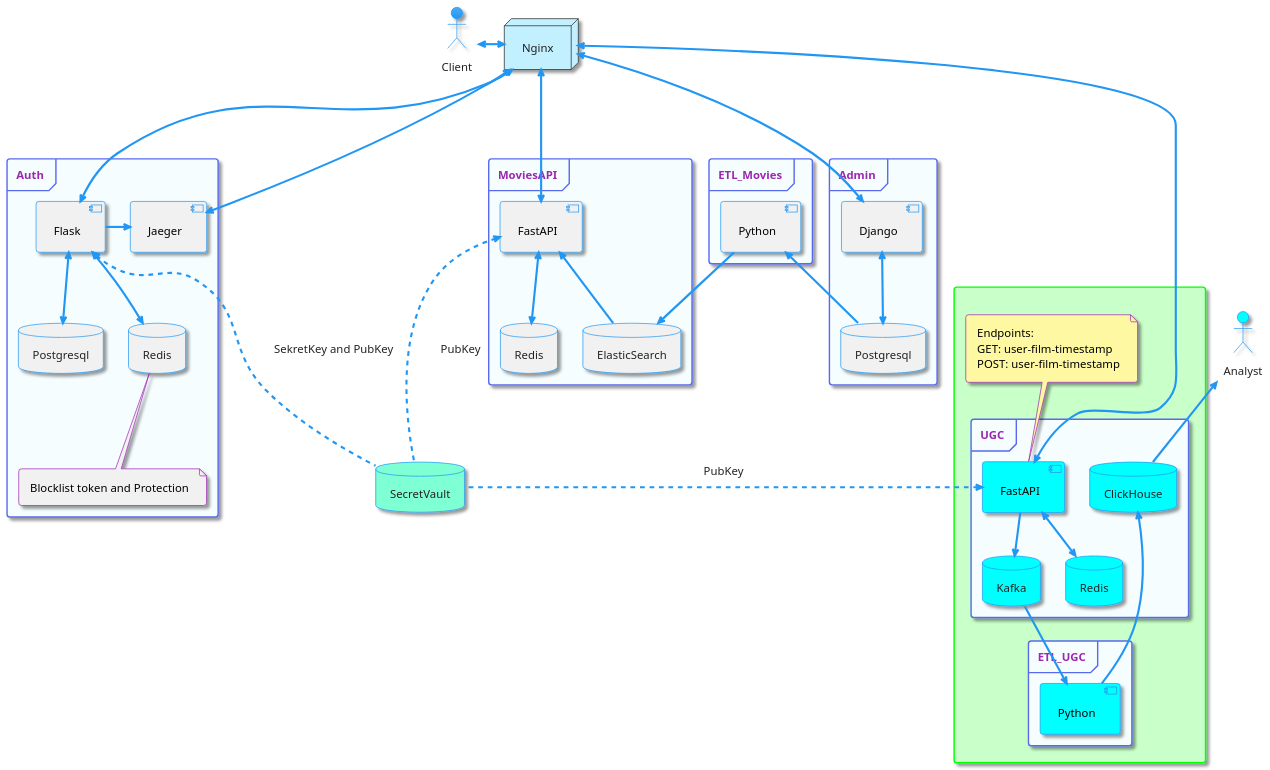
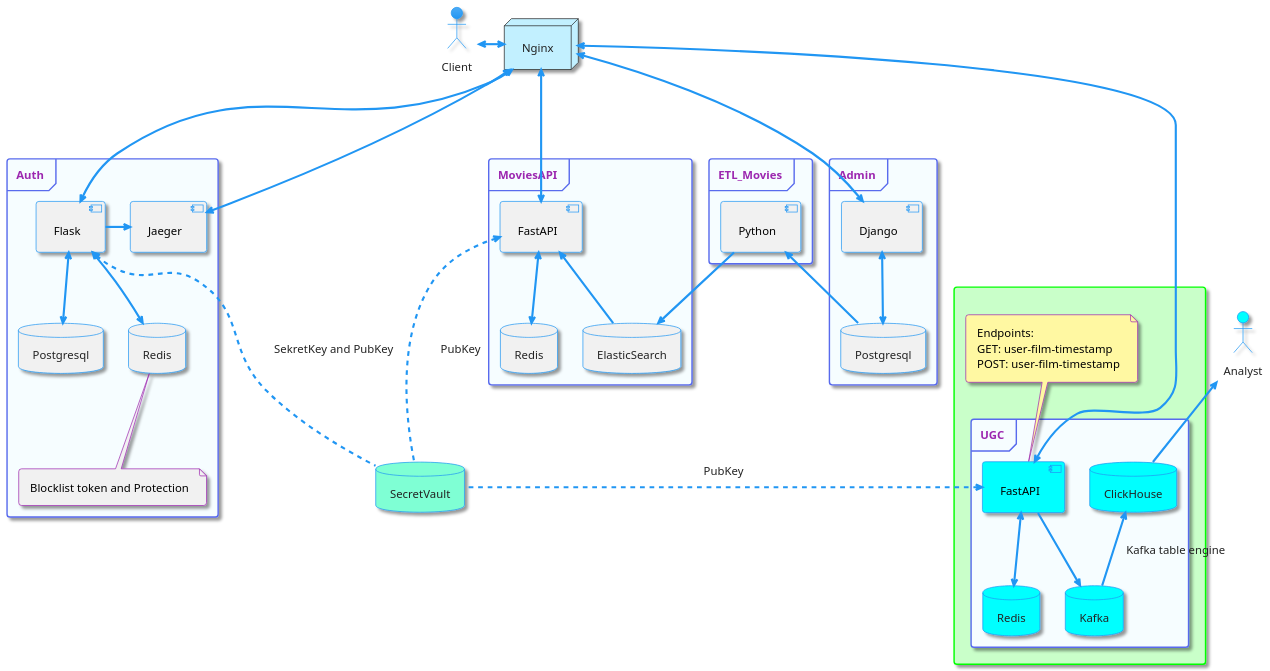
One commit to Practicum-24-10/UGC changed the diagram in components.puml. Above: the diagram before and after it, drawn with PlantUML. The commit also changed 2 other files, not shown here.

```diff
--- a/components.puml
+++ b/components.puml
@@ -1,103 +1,99 @@
 @startuml as_is
 !theme materia
 
 skinparam default {
     FontName Arial
     FontSize 16
 }
 
 skinparam component {
     Style uml2
     BackgroundColor #f1f1f1
     FontColor #000
 }
 
 skinparam note {
     BackgroundColor #f1f1f1
     FontColor #000
 }
 
 skinparam database {
     BackgroundColor #f1f1f1
 }
 
 skinparam FrameBorderColor #596bed
 skinparam FrameBackgroundColor #f6fdff
 skinparam RectangleBorderColor #Lime
 skinparam RectangleBackgroundColor #TECHNOLOGY
 
 actor Client
 actor Analyst #aqua
 node Nginx #APPLICATION
 
 database SecretVault #Aquamarine
 
 frame Admin {
     component Django
     database Postgresql as AdminPostgres
 }
 
 frame MoviesAPI {
     database ElasticSearch
     database Redis as RedisCache
     component FastAPI as MoviesFastAPI
 }
 
 frame ETL_Movies {
     component Python as ETL_Postgres_Elastic
 }
 
 frame Auth {
     component Flask
     database Postgresql as AuthPostgres
     database Redis as AuthRedis
     component Jaeger
 
     note bottom of [AuthRedis]
         Blocklist token and Protection
     end note
 }
 
 rectangle {
     frame UGC {
         component FastAPI as UGC_FastAPI #aqua
         database Kafka #aqua
         database ClickHouse #aqua
         database Redis as UGC_Redis #aqua
     }
     
     note top of [UGC_FastAPI] #fff8a2
         Endpoints:
         GET: user-film-timestamp
         POST: user-film-timestamp
     end note
 
-    frame ETL_UGC {
-        component Python as ETL_Kafka_Click #aqua
-    }
 }
 
 Client <-> Nginx
 Nginx <---> Django
 Django <-down-> AdminPostgres
 ETL_Postgres_Elastic <-down- AdminPostgres
 ETL_Postgres_Elastic -down-> ElasticSearch
 Nginx <---> MoviesFastAPI
 MoviesFastAPI <-down- ElasticSearch
 MoviesFastAPI <-down-> RedisCache
 Nginx <-down--> Flask
 Flask <-down-> AuthPostgres
 Flask <-down-> AuthRedis
 Nginx <-down-> Jaeger
 Flask -> Jaeger
 Nginx <-----> UGC_FastAPI
 UGC_FastAPI -down-> Kafka
 UGC_FastAPI <-down-> UGC_Redis
-ETL_Kafka_Click <-up- Kafka
-ETL_Kafka_Click -up-> ClickHouse
+Kafka -up-> ClickHouse: Kafka table engine
 Analyst <-- ClickHouse
 Flask <.. SecretVault: SekretKey and PubKey
 MoviesFastAPI <. SecretVault: PubKey
 UGC_FastAPI <. SecretVault: PubKey
 
 @enduml
```
